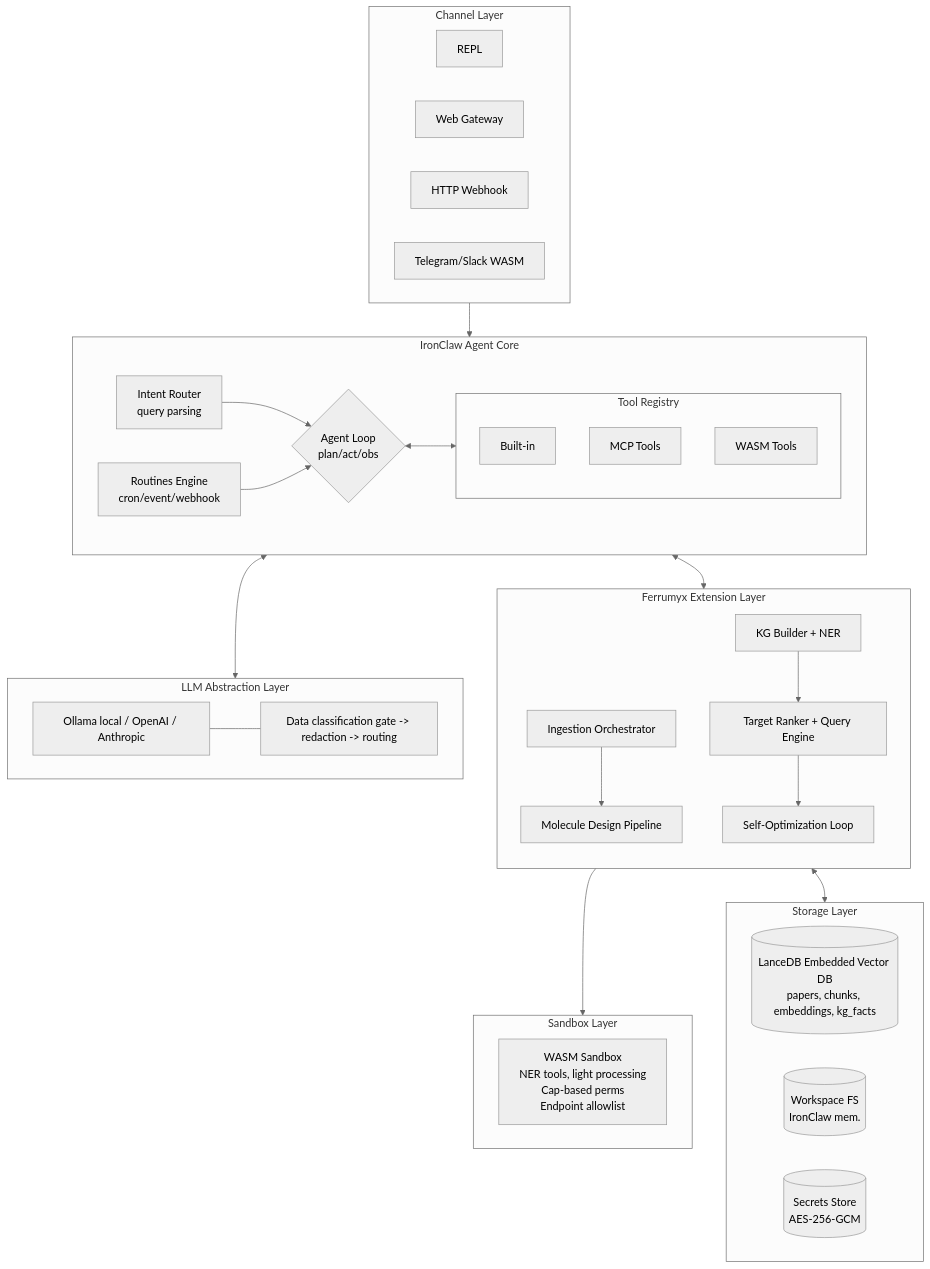
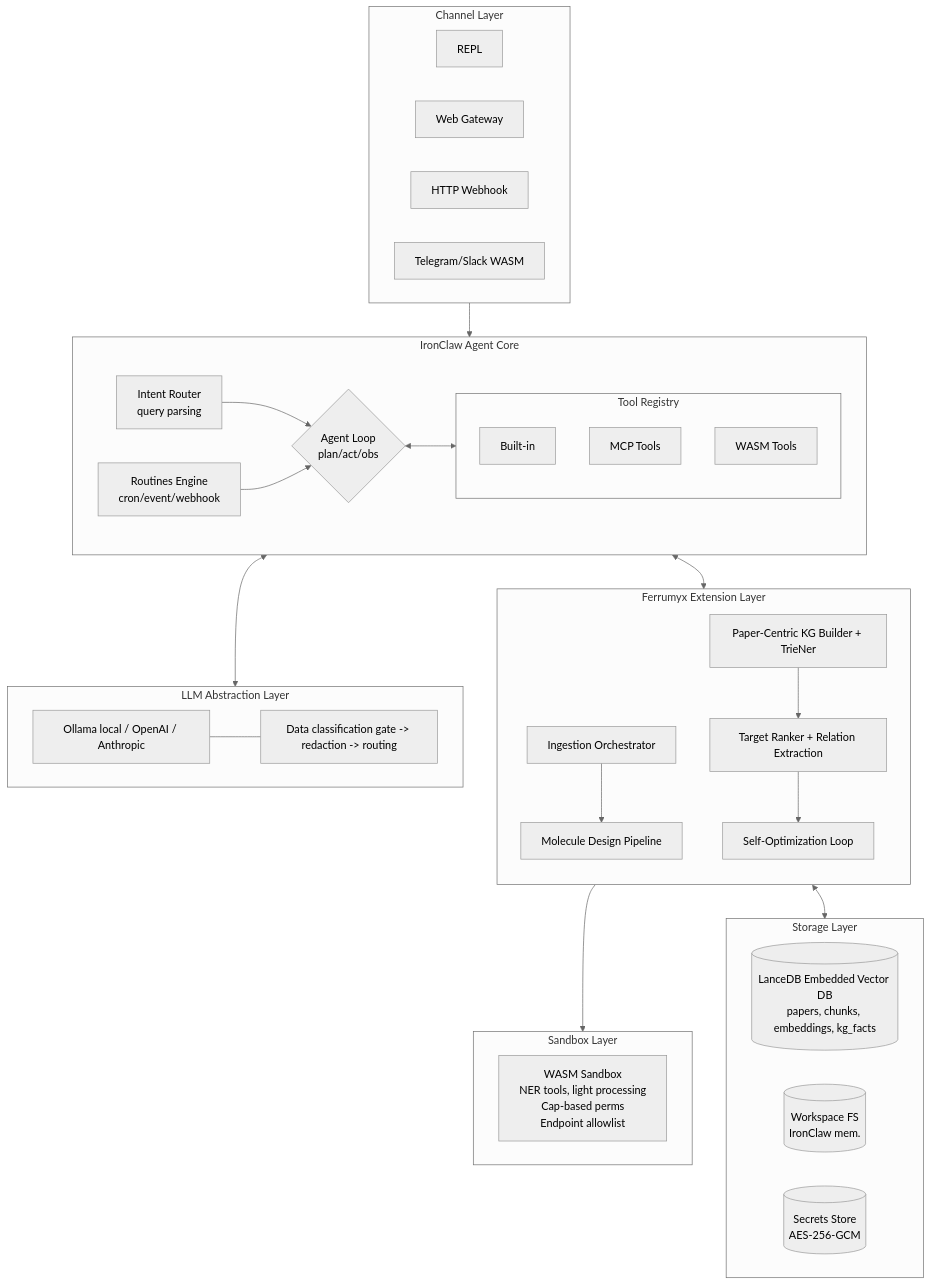
One commit to Classacre/ferrumyx changed the first of 11 diagrams in ARCHITECTURE.md. Above: the diagram before and after it, drawn with Mermaid (neutral theme). The commit also changed other lines of this file and 51 other files, not shown here.

````diff
--- a/ARCHITECTURE.md
+++ b/ARCHITECTURE.md
@@ -35,74 +35,74 @@
 ```mermaid
 flowchart TD
     %% Styling
     classDef layerBox fill:transparent,stroke:#5c6bc0,stroke-width:2px,stroke-dasharray: 5 5
     classDef coreBox fill:#1e1e24,stroke:#4fc3f7,stroke-width:2px
     classDef extBox fill:#1e1e24,stroke:#81c784,stroke-width:2px
     classDef dbBox fill:#1e1e24,stroke:#ffb74d,stroke-width:2px
 
     subgraph ChannelLayer [Channel Layer]
         C1[REPL]
         C2[Web Gateway]
         C3[HTTP Webhook]
         C4[Telegram/Slack WASM]
     end
     class ChannelLayer layerBox
 
     subgraph IronClawCore [IronClaw Agent Core]
         IC1[Intent Router<br/>query parsing]
         IC2{Agent Loop<br/>plan/act/obs}
         IC3[Routines Engine<br/>cron/event/webhook]
         
         subgraph ToolRegistry [Tool Registry]
             TR1[Built-in]
             TR2[MCP Tools]
             TR3[WASM Tools]
         end
         
         IC1 --> IC2
         IC2 <--> ToolRegistry
         IC3 --> IC2
     end
     class IronClawCore coreBox
 
     subgraph FerrumyxExt [Ferrumyx Extension Layer]
         direction TB
         F1[Ingestion Orchestrator]
-        F2[KG Builder + NER]
-        F3[Target Ranker + Query Engine]
+        F2[Paper-Centric KG Builder + TrieNer]
+        F3[Target Ranker + Relation Extraction]
         
         F4[Molecule Design Pipeline]
         F5[Self-Optimization Loop]
         
         F1 --> F4
         F2 --> F3
         F3 --> F5
     end
     class FerrumyxExt extBox
 
     subgraph SandboxLayer [Sandbox Layer]
         S1[WASM Sandbox<br/>NER tools, light processing<br/>Cap-based perms<br/>Endpoint allowlist]
     end
     class SandboxLayer layerBox
 
     subgraph StorageLayer [Storage Layer]
         DB1[(LanceDB Embedded Vector DB<br/>papers, chunks, embeddings, kg_facts)]
         DB2[(Workspace FS<br/>IronClaw mem.)]
         DB3[(Secrets Store<br/>AES-256-GCM)]
     end
     class StorageLayer dbBox
 
     subgraph LLMLayer [LLM Abstraction Layer]
         L1[Ollama local / OpenAI / Anthropic]
         L2[Data classification gate -> redaction -> routing]
         L1 --- L2
     end
     class LLMLayer layerBox
 
     %% Connections
     ChannelLayer --> IronClawCore
     IronClawCore <--> FerrumyxExt
     FerrumyxExt --> SandboxLayer
     FerrumyxExt <--> StorageLayer
     IronClawCore <--> LLMLayer
 ```
````
